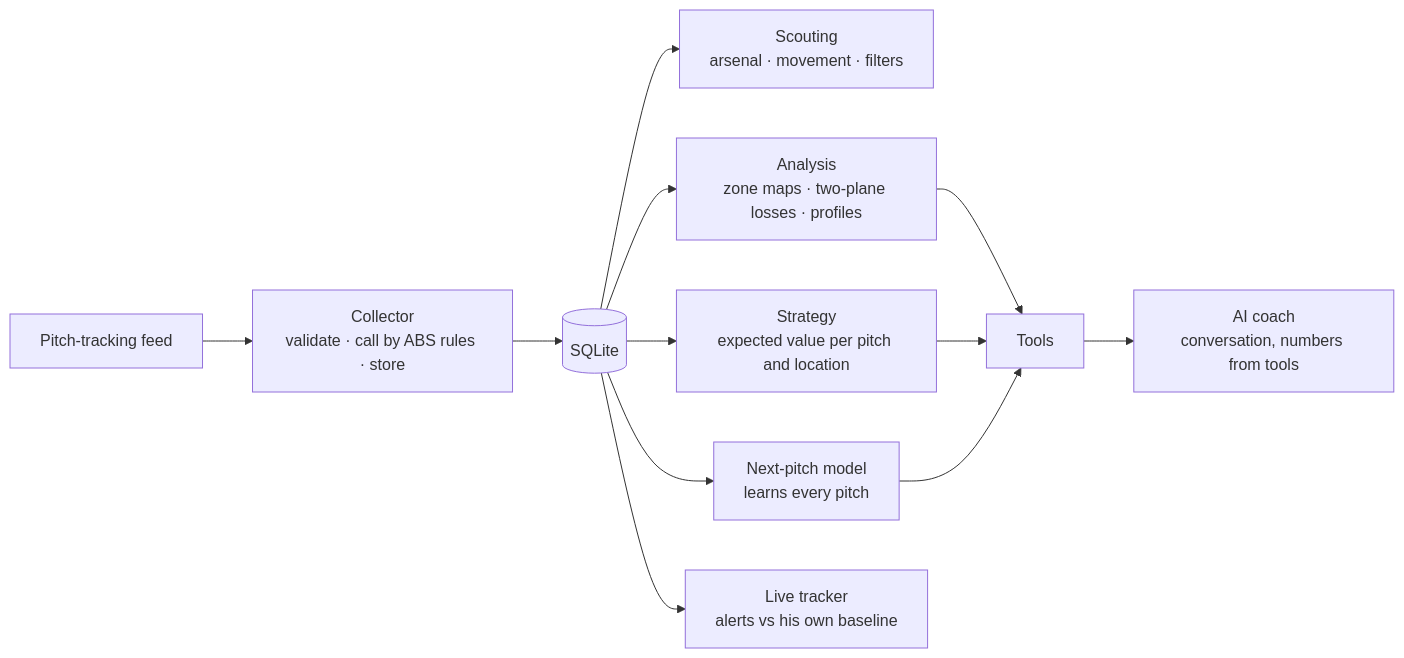
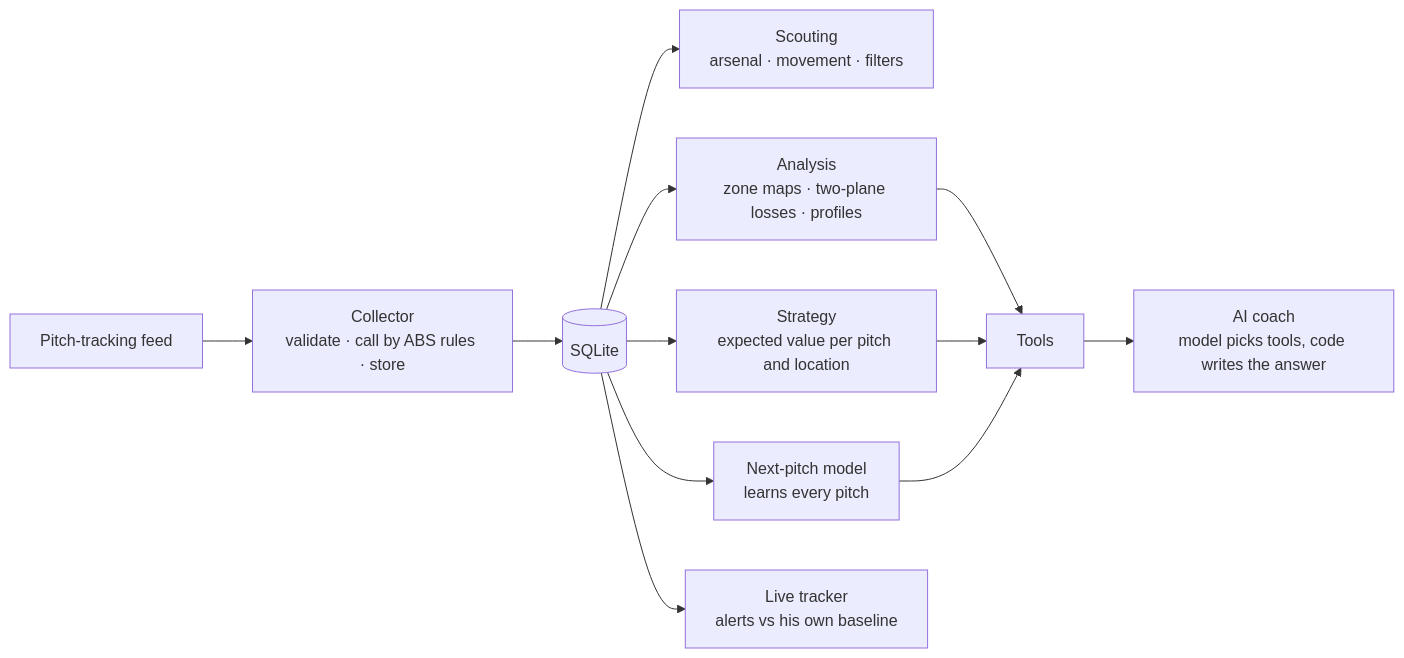
The diagram in README.md (joeljo2347-bit/kbo-abs-assist), drawn with Mermaid before and after one commit. The commit also changed other lines of this file and 65 other files, not shown here.

Commit message:
Coach survives a model-server error by answering from code lookups; take leads no longer overstate; rates round correctly; stats never repeat. All fourteen question sets: 132/140 on the code-written design, held-out sets 11-13 scored 9, 8, 10 when new. New demo

````diff
--- a/README.md
+++ b/README.md
@@ -55,11 +55,11 @@
 ```mermaid
 flowchart LR
     F[Pitch-tracking feed] --> C[Collector<br/>validate · call by ABS rules · store]
     C --> D[(SQLite)]
     D --> SC[Scouting<br/>arsenal · movement · filters]
     D --> A[Analysis<br/>zone maps · two-plane losses · profiles]
     D --> S[Strategy<br/>expected value per pitch and location]
     D --> P[Next-pitch model<br/>learns every pitch]
     D --> L[Live tracker<br/>alerts vs his own baseline]
-    A & S & P --> T[Tools] --> AI[AI coach<br/>conversation, numbers from tools]
+    A & S & P --> T[Tools] --> AI[AI coach<br/>model picks tools, code writes the answer]
 ```
````
